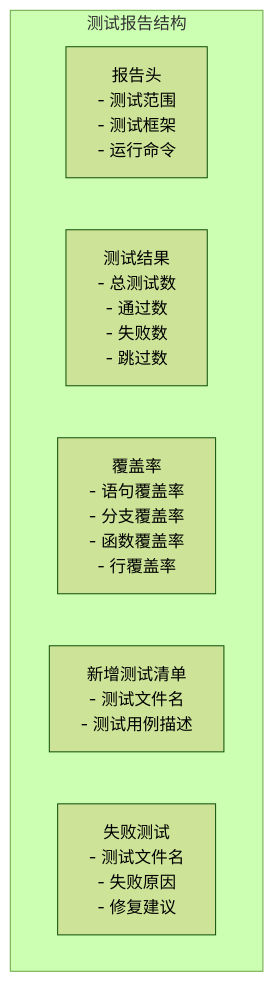
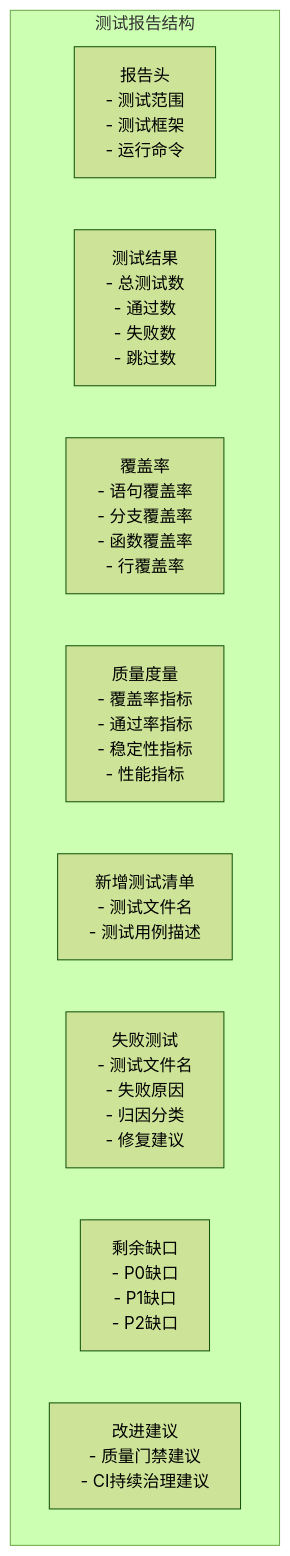
Before and after one commit to AngelWings1997/altas: diagram 11 of 24 in .qoder/repowiki/zh/content/测试专项模式.md, drawn with Mermaid (forest theme). The commit also changed other lines of this file and 8 other files, not shown here.

````diff
--- a/.qoder/repowiki/zh/content/测试专项模式.md
+++ b/.qoder/repowiki/zh/content/测试专项模式.md
@@ -255,10 +410,13 @@
 ```mermaid
 graph TB
 subgraph "测试报告结构"
 Header[报告头<br/>- 测试范围<br/>- 测试框架<br/>- 运行命令]
 Results[测试结果<br/>- 总测试数<br/>- 通过数<br/>- 失败数<br/>- 跳过数]
 Coverage[覆盖率<br/>- 语句覆盖率<br/>- 分支覆盖率<br/>- 函数覆盖率<br/>- 行覆盖率]
+QualityMetrics[质量度量<br/>- 覆盖率指标<br/>- 通过率指标<br/>- 稳定性指标<br/>- 性能指标]
 NewTests[新增测试清单<br/>- 测试文件名<br/>- 测试用例描述]
-FailedTests[失败测试<br/>- 测试文件名<br/>- 失败原因<br/>- 修复建议]
+FailedTests[失败测试<br/>- 测试文件名<br/>- 失败原因<br/>- 归因分类<br/>- 修复建议]
+Gaps[剩余缺口<br/>- P0缺口<br/>- P1缺口<br/>- P2缺口]
+Recommendations[改进建议<br/>- 质量门禁建议<br/>- CI持续治理建议]
 end
 ```
````
